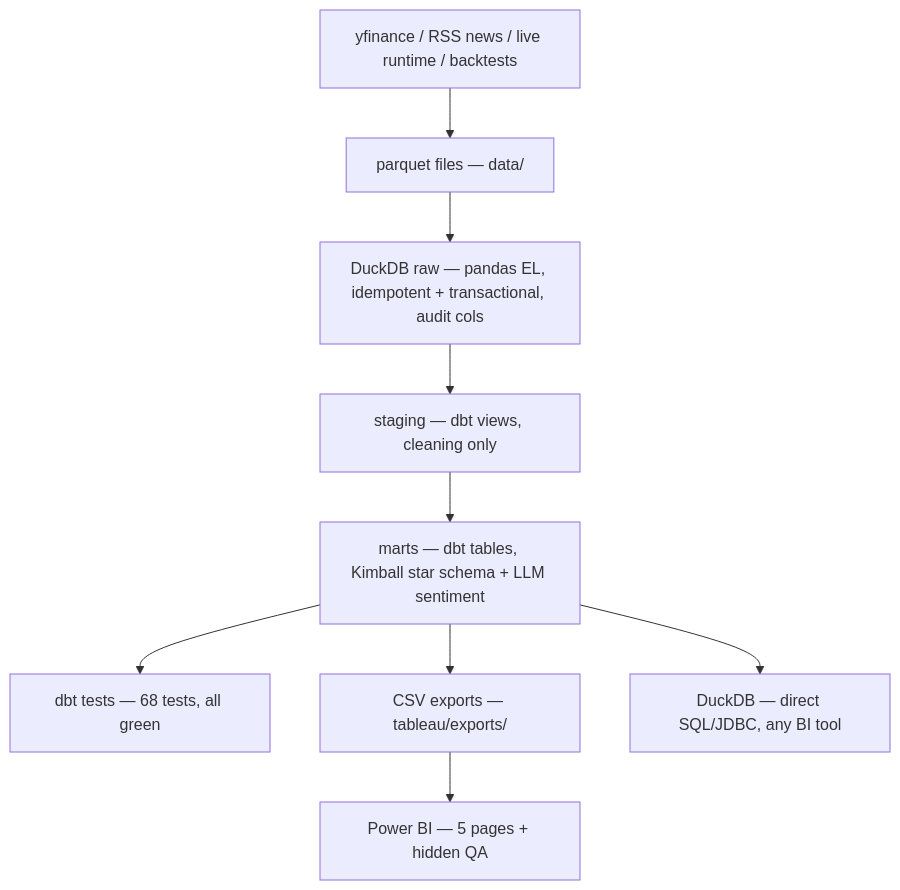
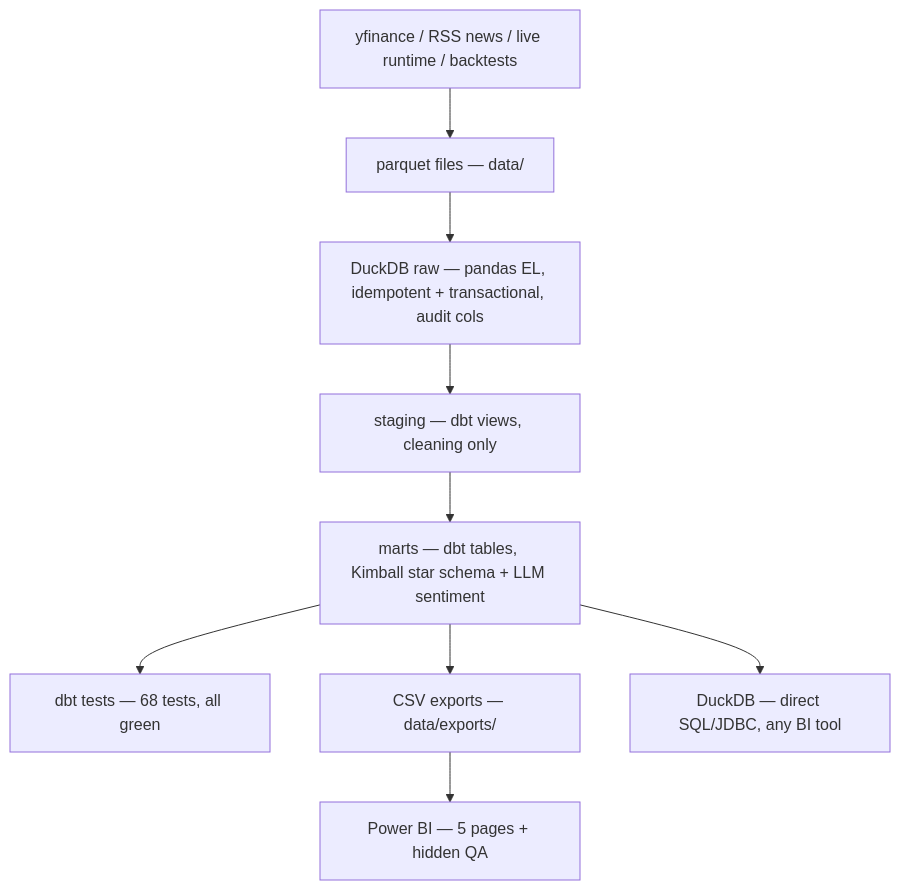
The sixth of 6 diagrams in README.md (C0k11/stock-share-Helper), drawn with Mermaid before and after one commit. The commit also changed 4 other files, not shown here.

Commit message:
refactor: exports move to data/exports, tableau dir retired

````diff
--- a/README.md
+++ b/README.md
@@ -253,11 +253,11 @@
 ```mermaid
 flowchart TB
     SRC["yfinance / RSS news / live runtime / backtests"] --> PQ["parquet files — data/"]
     PQ --> RAW["DuckDB raw — pandas EL, idempotent + transactional, audit cols"]
     RAW --> STG["staging — dbt views, cleaning only"]
     STG --> MRT["marts — dbt tables, Kimball star schema + LLM sentiment"]
     MRT --> TST["dbt tests — 68 tests, all green"]
-    MRT --> CSV["CSV exports — tableau/exports/"]
+    MRT --> CSV["CSV exports — data/exports/"]
     MRT --> JDBC["DuckDB — direct SQL/JDBC, any BI tool"]
     CSV --> PBI["Power BI — 5 pages + hidden QA"]
 ```
````
